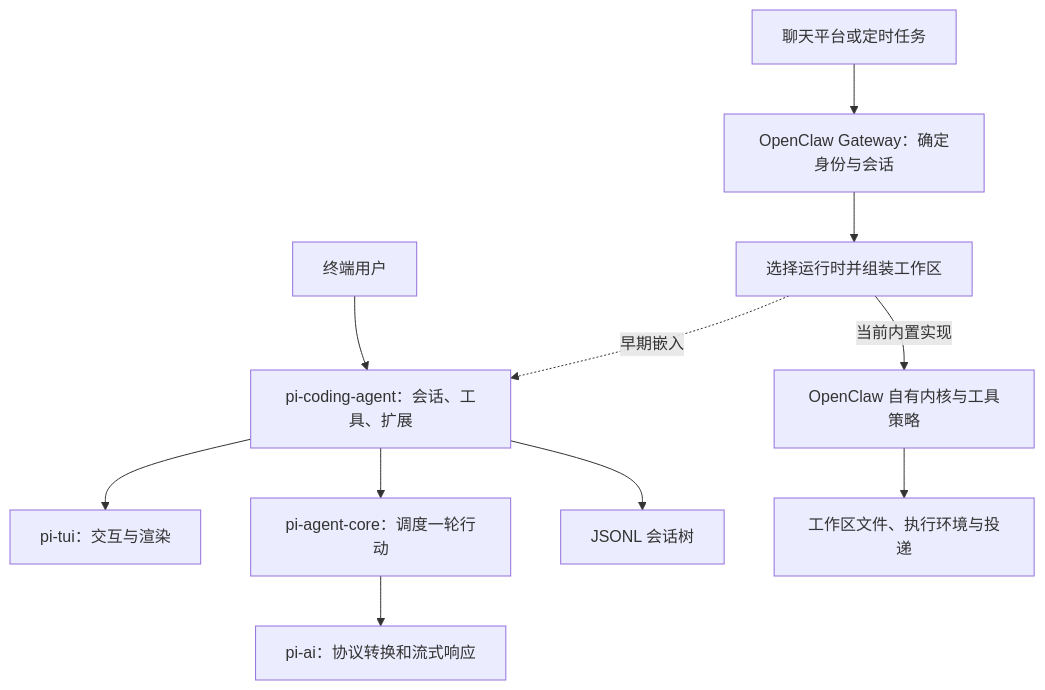
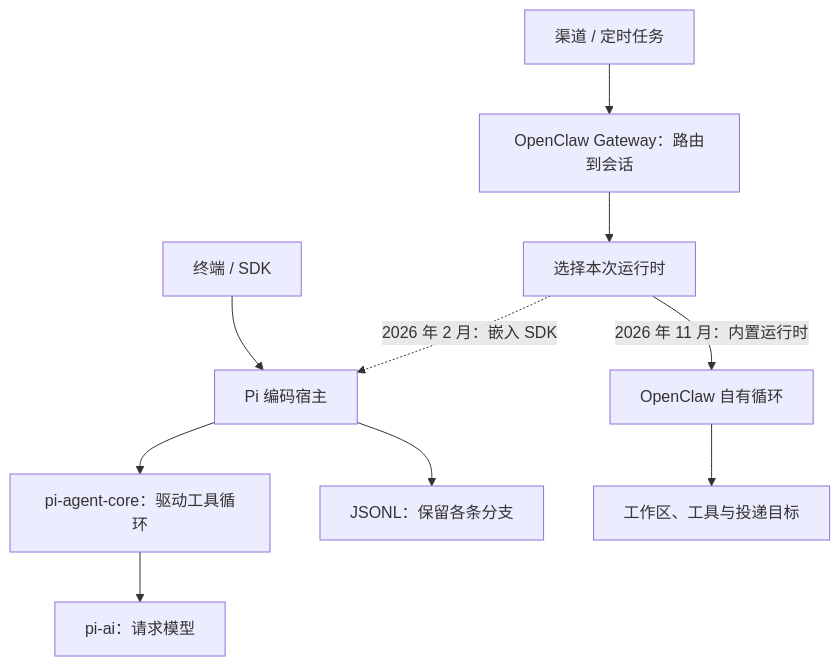
One commit to echonoshy/agent-engineering-handbook changed the first of 3 diagrams in 02-flagship-agents-teardown/01-pi-agent-and-openclaw.md. Above: the diagram before and after it, drawn with Mermaid. The commit also changed other lines of this file and 21 other files, not shown here.

````diff
--- a/02-flagship-agents-teardown/01-pi-agent-and-openclaw.md
+++ b/02-flagship-agents-teardown/01-pi-agent-and-openclaw.md
@@ -11,13 +5,12 @@
 ```mermaid
 flowchart TB
-    U["终端用户"] --> P["pi-coding-agent：会话、工具、扩展"]
-    P --> T["pi-tui：交互与渲染"]
-    P --> A["pi-agent-core：调度一轮行动"]
-    A --> M["pi-ai：协议转换和流式响应"]
-    P --> J["JSONL 会话树"]
-    I["聊天平台或定时任务"] --> G["OpenClaw Gateway：确定身份与会话"]
-    G --> R["选择运行时并组装工作区"]
-    R -.->|"早期嵌入"| P
-    R -->|"当前内置实现"| C["OpenClaw 自有内核与工具策略"]
-    C --> W["工作区文件、执行环境与投递"]
+    T["终端 / SDK"] --> P["Pi 编码宿主"]
+    P --> A["pi-agent-core：驱动工具循环"]
+    A --> M["pi-ai：请求模型"]
+    P --> J["JSONL：保留各条分支"]
+    G["渠道 / 定时任务"] --> W["OpenClaw Gateway：路由到会话"]
+    W --> H["选择本次运行时"]
+    H -.->|"2026 年 2 月：嵌入 SDK"| P
+    H -->|"2026 年 11 月：内置运行时"| O["OpenClaw 自有循环"]
+    O --> D["工作区、工具与投递目标"]
 ```
````
